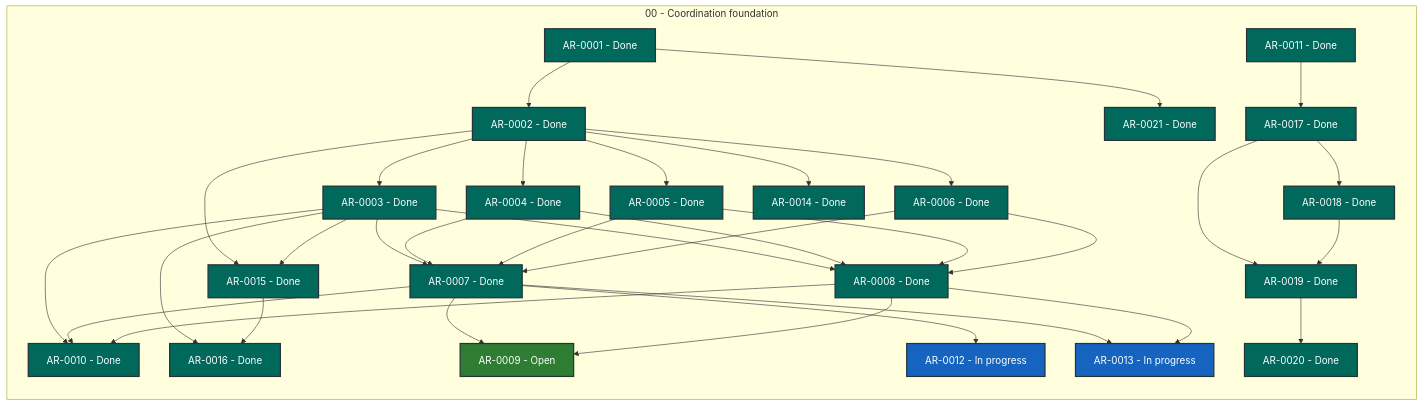
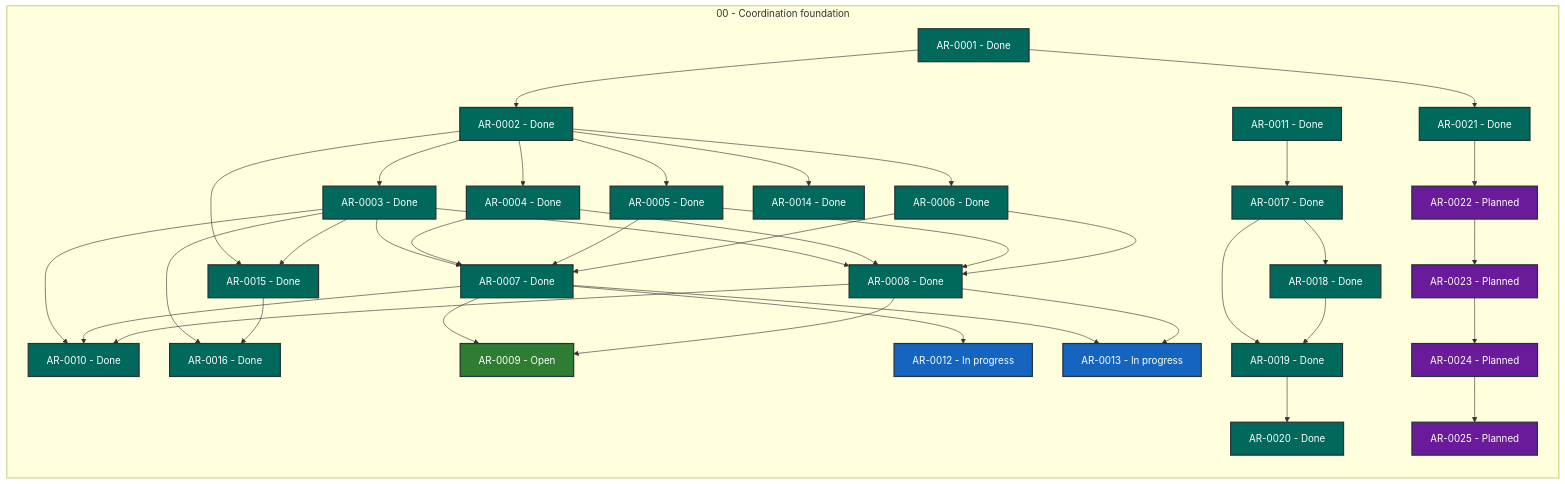
The diagram in STATUS.md (martin-beck/agent-workflow-coordinator-state), drawn with Mermaid before and after one commit. The commit also changed other lines of this file and 2 other files, not shown here.

````diff
--- a/STATUS.md
+++ b/STATUS.md
@@ -27,67 +27,75 @@
 ```mermaid
 flowchart LR
     subgraph series_00["00 - Coordination foundation"]
         direction TB
         AR_0001["AR-0001 - Done"]:::status_done
         AR_0002["AR-0002 - Done"]:::status_done
         AR_0003["AR-0003 - Done"]:::status_done
         AR_0004["AR-0004 - Done"]:::status_done
         AR_0005["AR-0005 - Done"]:::status_done
         AR_0006["AR-0006 - Done"]:::status_done
         AR_0007["AR-0007 - Done"]:::status_done
         AR_0008["AR-0008 - Done"]:::status_done
         AR_0009["AR-0009 - Open"]:::status_open
         AR_0010["AR-0010 - Done"]:::status_done
         AR_0011["AR-0011 - Done"]:::status_done
         AR_0012["AR-0012 - In progress"]:::status_in_progress
         AR_0013["AR-0013 - In progress"]:::status_in_progress
         AR_0014["AR-0014 - Done"]:::status_done
         AR_0015["AR-0015 - Done"]:::status_done
         AR_0016["AR-0016 - Done"]:::status_done
         AR_0017["AR-0017 - Done"]:::status_done
         AR_0018["AR-0018 - Done"]:::status_done
         AR_0019["AR-0019 - Done"]:::status_done
         AR_0020["AR-0020 - Done"]:::status_done
         AR_0021["AR-0021 - Done"]:::status_done
+        AR_0022["AR-0022 - Planned"]:::status_planned
+        AR_0023["AR-0023 - Planned"]:::status_planned
+        AR_0024["AR-0024 - Planned"]:::status_planned
+        AR_0025["AR-0025 - Planned"]:::status_planned
     end
     AR_0001 --> AR_0002
     AR_0001 --> AR_0021
     AR_0002 --> AR_0003
     AR_0002 --> AR_0004
     AR_0002 --> AR_0005
     AR_0002 --> AR_0006
     AR_0002 --> AR_0014
     AR_0002 --> AR_0015
     AR_0003 --> AR_0007
     AR_0003 --> AR_0008
     AR_0003 --> AR_0010
     AR_0003 --> AR_0015
     AR_0003 --> AR_0016
     AR_0004 --> AR_0007
     AR_0004 --> AR_0008
     AR_0005 --> AR_0007
     AR_0005 --> AR_0008
     AR_0006 --> AR_0007
     AR_0006 --> AR_0008
     AR_0007 --> AR_0009
     AR_0007 --> AR_0010
     AR_0007 --> AR_0012
     AR_0007 --> AR_0013
     AR_0008 --> AR_0009
     AR_0008 --> AR_0010
     AR_0008 --> AR_0013
     AR_0011 --> AR_0017
     AR_0015 --> AR_0016
     AR_0017 --> AR_0018
     AR_0017 --> AR_0019
     AR_0018 --> AR_0019
     AR_0019 --> AR_0020
+    AR_0021 --> AR_0022
+    AR_0022 --> AR_0023
+    AR_0023 --> AR_0024
+    AR_0024 --> AR_0025
     classDef status_in_progress fill:#1565c0,color:#ffffff,stroke:#263238,stroke-width:2px
     classDef status_open fill:#2e7d32,color:#ffffff,stroke:#263238,stroke-width:2px
     classDef status_blocked fill:#c62828,color:#ffffff,stroke:#263238,stroke-width:2px
     classDef status_planned fill:#6a1b9a,color:#ffffff,stroke:#263238,stroke-width:2px
     classDef status_future fill:#455a64,color:#ffffff,stroke:#263238,stroke-width:2px
     classDef status_done fill:#00695c,color:#ffffff,stroke:#263238,stroke-width:2px
     classDef status_cancelled fill:#616161,color:#ffffff,stroke:#263238,stroke-width:2px
     classDef status_superseded fill:#5d4037,color:#ffffff,stroke:#263238,stroke-width:2px
 ```
````
